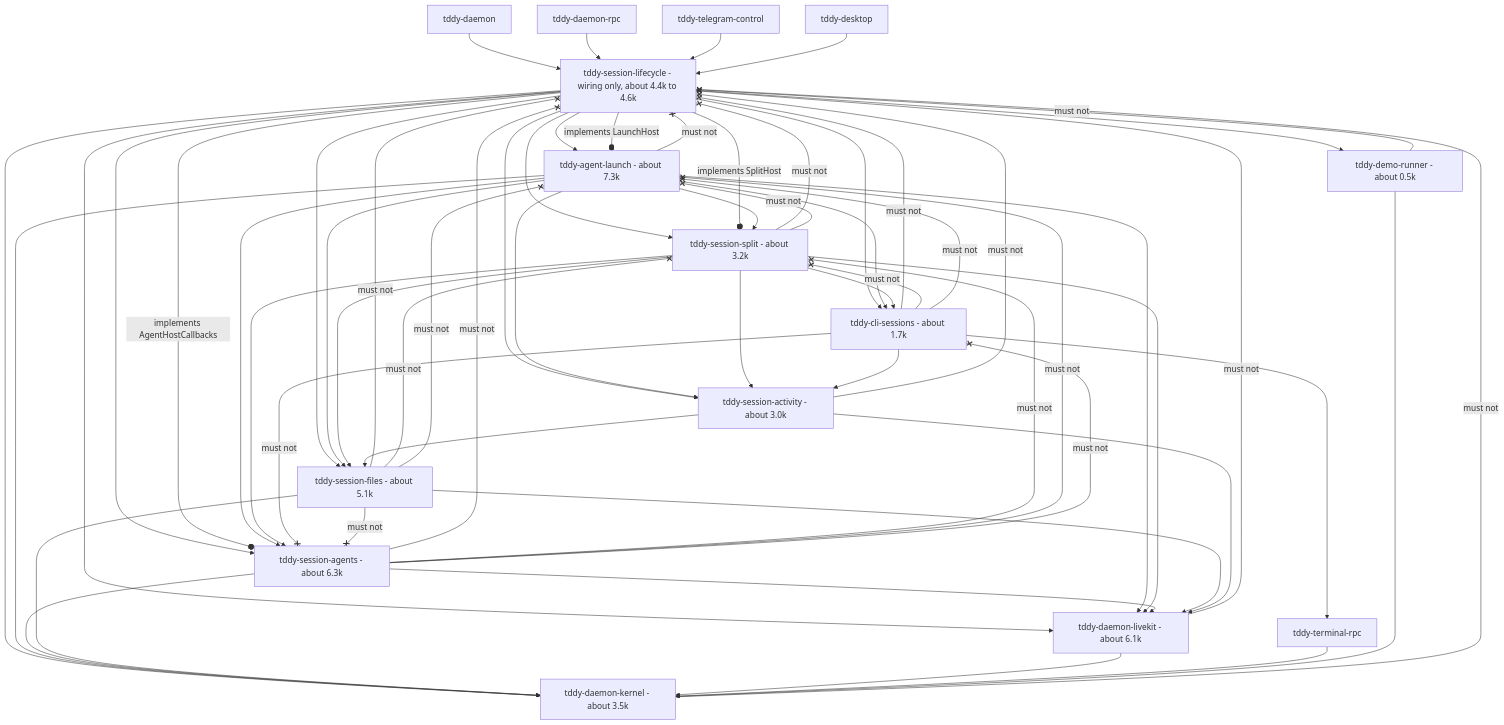
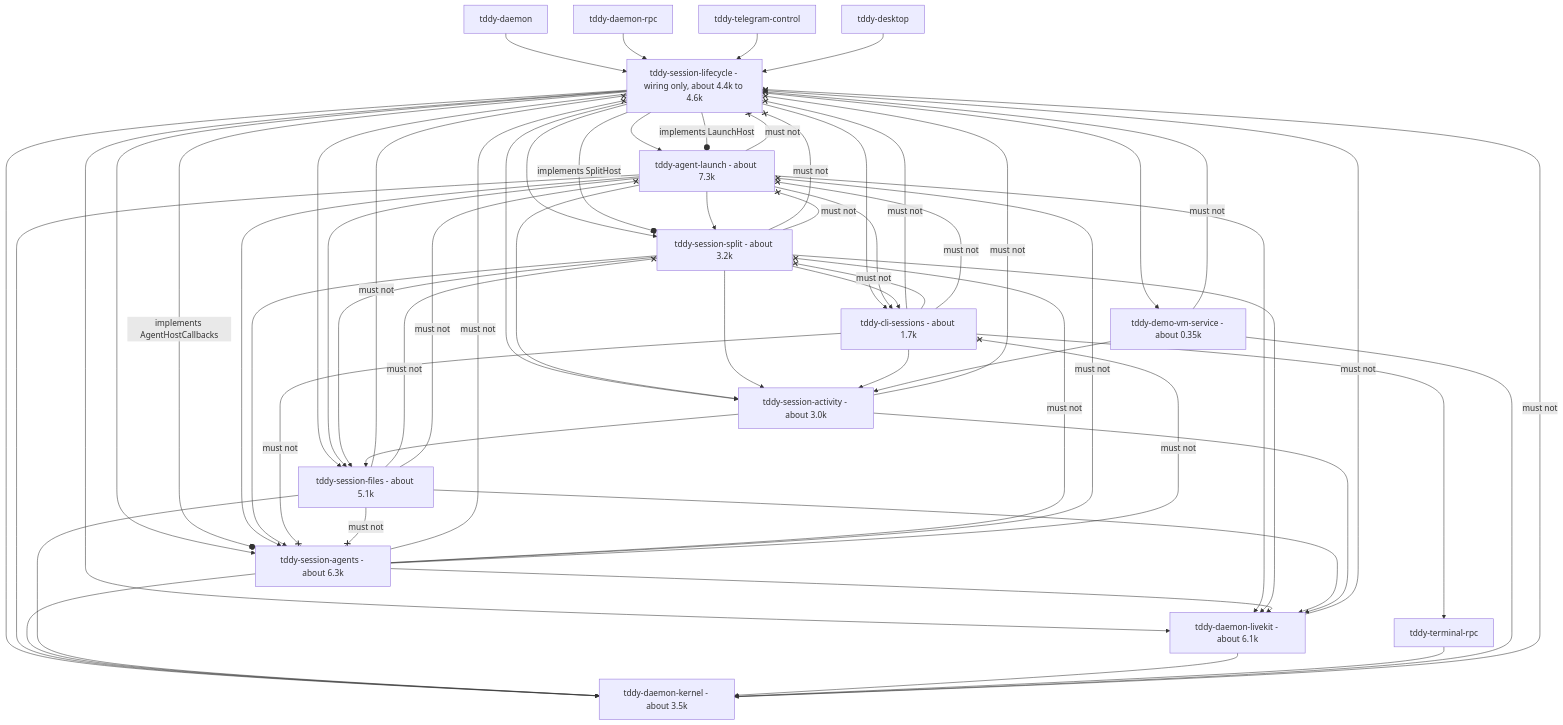
Before and after one commit to uppin/tddy-coder: the first of 2 diagrams in docs/dev/1-WIP/2026-09-26-carve-lifecycle-moves.md, drawn with Mermaid. The commit also changed other lines of this file, not shown here.

````diff
--- a/docs/dev/1-WIP/2026-09-26-carve-lifecycle-moves.md
+++ b/docs/dev/1-WIP/2026-09-26-carve-lifecycle-moves.md
@@ -418,62 +419,63 @@
 ```mermaid
 graph TD
   daemon["tddy-daemon"] --> lc
   drpc["tddy-daemon-rpc"] --> lc
   tgc["tddy-telegram-control"] --> lc
   desk["tddy-desktop"] --> lc
   lc["tddy-session-lifecycle - wiring only, about 4.4k to 4.6k"]
   lc --> al["tddy-agent-launch - about 7.3k"]
   lc --> sp["tddy-session-split - about 3.2k"]
   lc --> cs["tddy-cli-sessions - about 1.7k"]
   lc --> ag["tddy-session-agents - about 6.3k"]
   lc --> fi["tddy-session-files - about 5.1k"]
   lc --> ac["tddy-session-activity - about 3.0k"]
   lc --> lk["tddy-daemon-livekit - about 6.1k"]
   lc --> kn["tddy-daemon-kernel - about 3.5k"]
-  lc --> dm["tddy-demo-runner - about 0.5k"]
+  lc --> dm["tddy-demo-vm-service - about 0.35k"]
   lc --o|implements LaunchHost| al
   lc --o|implements SplitHost| sp
   lc --o|implements AgentHostCallbacks| ag
   al --> sp
   al --> cs
   al --> ag
   al --> fi
   al --> ac
   al --> lk
   al --> kn
   sp --> cs
   sp --> ag
   sp --> fi
   sp --> ac
   sp --> lk
   cs --> ac
   cs --> tr["tddy-terminal-rpc"]
   ag --> lk
   ag --> kn
   fi --> lk
   fi --> kn
   ac --> fi
   ac --> lk
   lk --> kn
   tr --> kn
   dm --> kn
+  dm --> ac
   al --x|must not| lc
   sp --x|must not| lc
   cs --x|must not| lc
   ag --x|must not| lc
   fi --x|must not| lc
   ac --x|must not| lc
   lk --x|must not| lc
   kn --x|must not| lc
   dm --x|must not| lc
   sp --x|must not| al
   ag --x|must not| sp
   ag --x|must not| al
   ag --x|must not| cs
   cs --x|must not| sp
   cs --x|must not| al
   cs --x|must not| ag
   fi --x|must not| ag
   fi --x|must not| sp
   fi --x|must not| al
 ```
````
